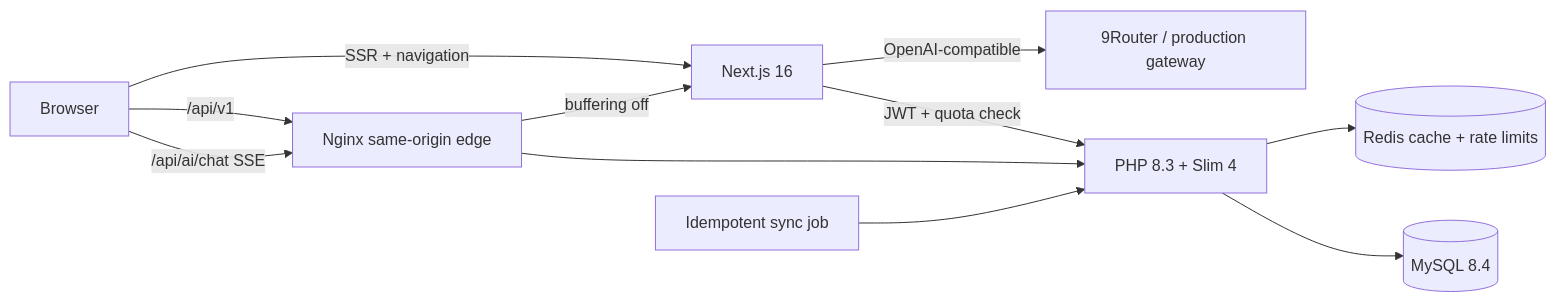
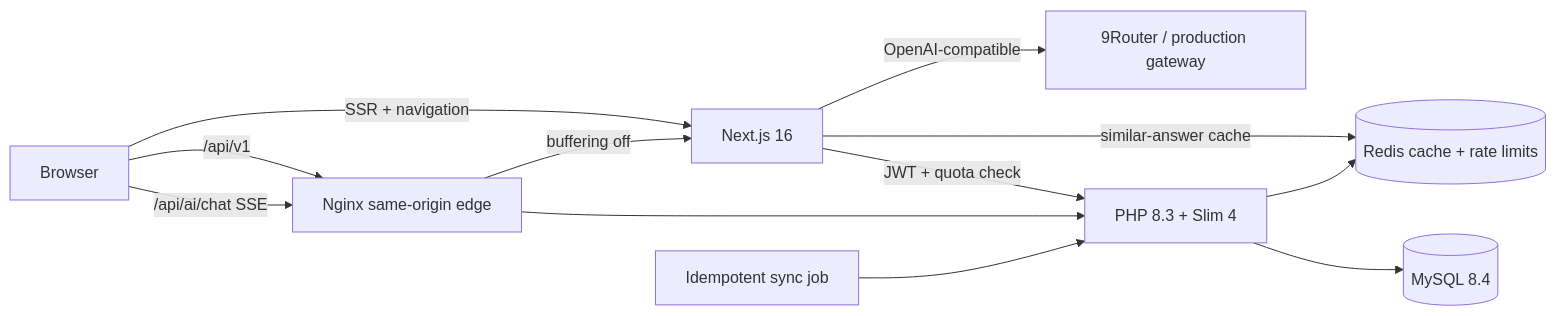
One commit to LangPhan/homescope-sg changed the diagram in README.md. Above: the diagram before and after it, drawn with Mermaid. The commit also changed other lines of this file and 8 other files, not shown here.

````diff
--- a/README.md
+++ b/README.md
@@ -22,13 +22,14 @@
 ```mermaid
 flowchart LR
   Browser -->|SSR + navigation| Next[Next.js 16]
   Browser -->|/api/v1| Nginx[Nginx same-origin edge]
   Browser -->|/api/ai/chat SSE| Nginx
   Nginx -->|buffering off| Next
   Next -->|OpenAI-compatible| Router[9Router / production gateway]
+  Next -->|similar-answer cache| Redis
   Next -->|JWT + quota check| PHP
   Nginx --> PHP[PHP 8.3 + Slim 4]
   PHP --> Redis[(Redis cache + rate limits)]
   PHP --> MySQL[(MySQL 8.4)]
   Cron[Idempotent sync job] --> PHP
 ```
````
